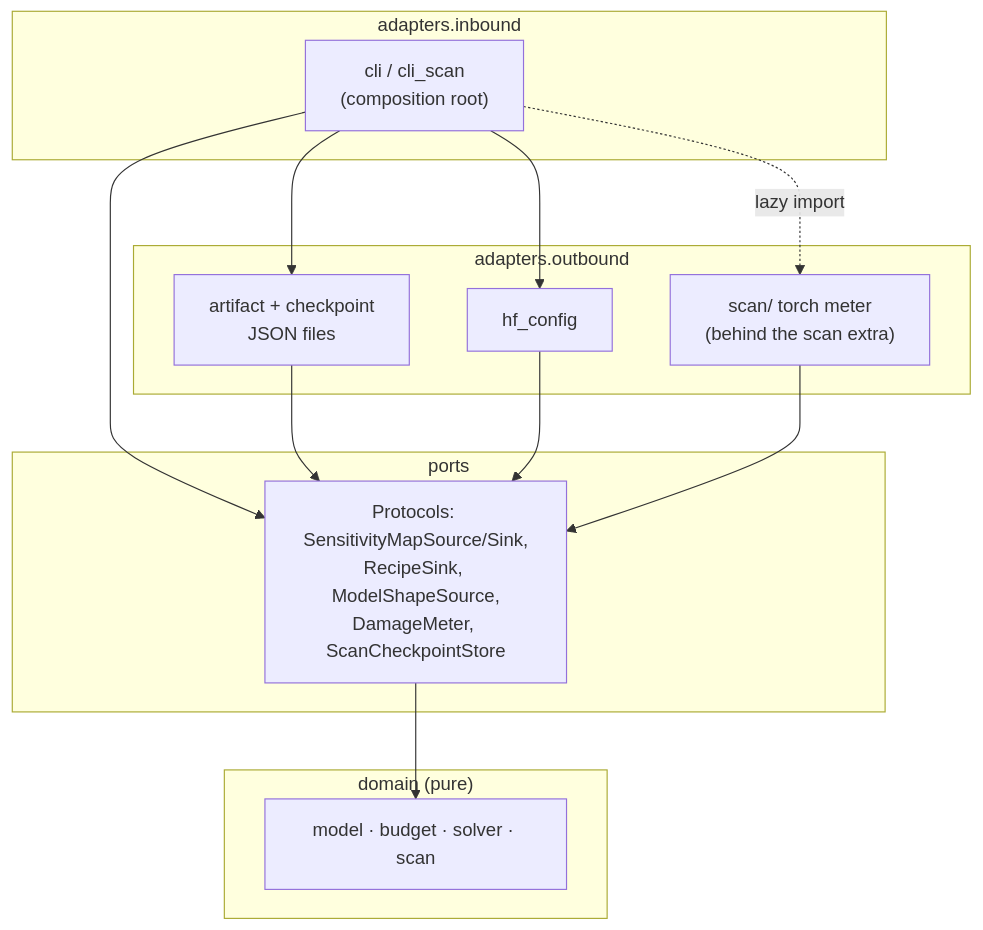
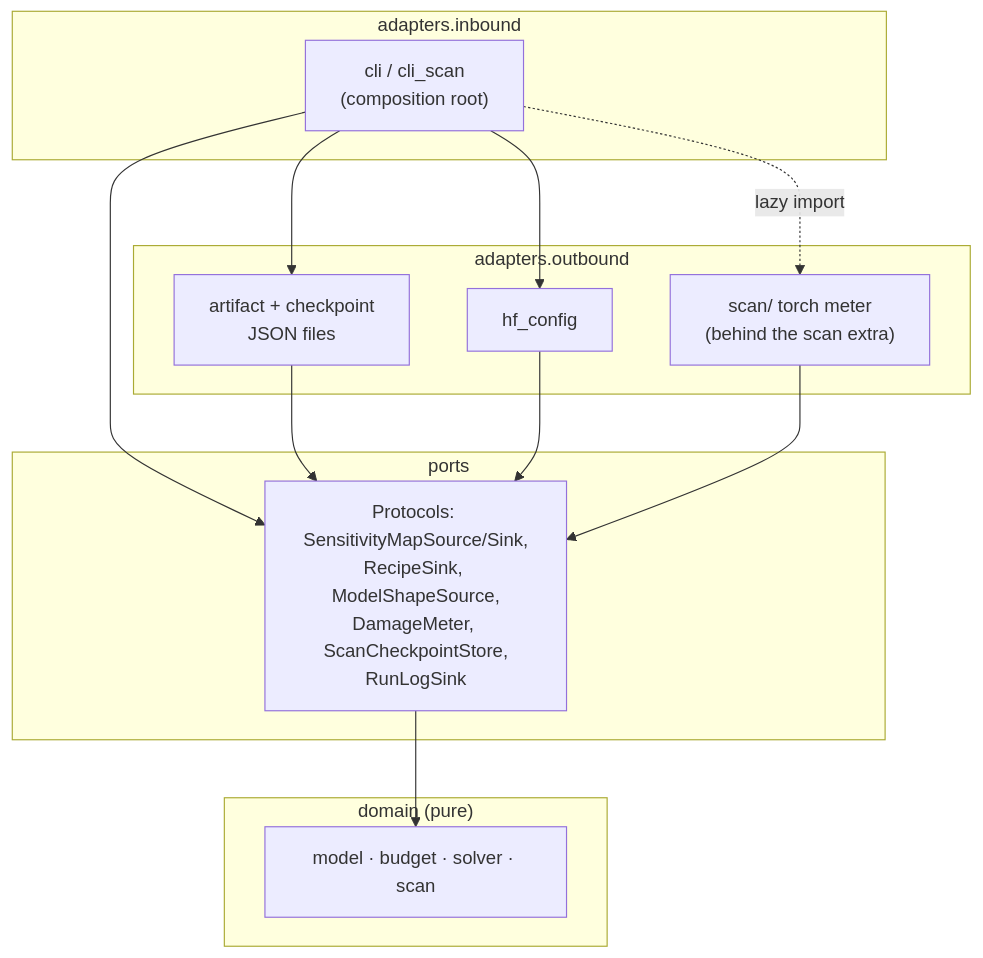
One commit to Alberto-Codes/vramfit changed the second of 3 diagrams in docs/explanation/architecture.md. Above: the diagram before and after it, drawn with Mermaid. The commit also changed other lines of this file and 11 other files, not shown here.

First line of the commit message:
fix(scan): apply the full review to the run-log implementation

````diff
--- a/docs/explanation/architecture.md
+++ b/docs/explanation/architecture.md
@@ -49,25 +49,25 @@
 ```mermaid
 flowchart TD
     subgraph inbound["adapters.inbound"]
         CLI["cli / cli_scan<br/>(composition root)"]
     end
     subgraph outbound["adapters.outbound"]
         JSONAD["artifact + checkpoint<br/>JSON files"]
         HF["hf_config"]
         TORCH["scan/ torch meter<br/>(behind the scan extra)"]
     end
     subgraph ports["ports"]
-        P["Protocols: SensitivityMapSource/Sink,<br/>RecipeSink, ModelShapeSource,<br/>DamageMeter, ScanCheckpointStore"]
+        P["Protocols: SensitivityMapSource/Sink,<br/>RecipeSink, ModelShapeSource,<br/>DamageMeter, ScanCheckpointStore,<br/>RunLogSink"]
     end
     subgraph domain["domain (pure)"]
         D["model · budget · solver · scan"]
     end
     CLI --> JSONAD
     CLI --> HF
     CLI -.->|lazy import| TORCH
     CLI --> P
     JSONAD --> P
     HF --> P
     TORCH --> P
     P --> D
 ```
````
